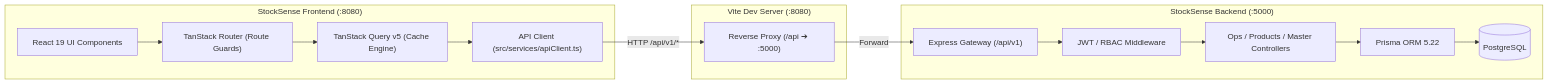
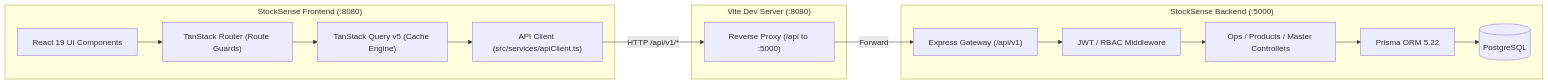
The first of 2 diagrams in client/README.md (Manishnemade12/stockSense), drawn with Mermaid before and after one commit. The commit also changed 2 other files, not shown here.

Commit message:
docs: add pitch guide and client README while updating architecture diagrams and project overview

````diff
--- a/client/README.md
+++ b/client/README.md
@@ -21,31 +21,31 @@
 ```mermaid
 graph LR
     subgraph Browser ["StockSense Frontend (:8080)"]
         UI["React 19 UI Components"]
         Router["TanStack Router (Route Guards)"]
         Query["TanStack Query v5 (Cache Engine)"]
         Client["API Client (src/services/apiClient.ts)"]
     end
 
     subgraph DevProxy ["Vite Dev Server (:8080)"]
-        Proxy["Reverse Proxy (/api ➔ :5000)"]
+        Proxy["Reverse Proxy (/api to :5000)"]
     end
 
     subgraph Backend ["StockSense Backend (:5000)"]
         Gateway["Express Gateway (/api/v1)"]
         Auth["JWT / RBAC Middleware"]
         Controllers["Ops / Products / Master Controllers"]
         Prisma["Prisma ORM 5.22"]
         DB[("PostgreSQL")]
     end
 
     UI --> Router
     Router --> Query
     Query --> Client
     Client -->|HTTP /api/v1/*| Proxy
     Proxy -->|Forward| Gateway
     Gateway --> Auth
     Auth --> Controllers
     Controllers --> Prisma
     Prisma --> DB
 ```
````
